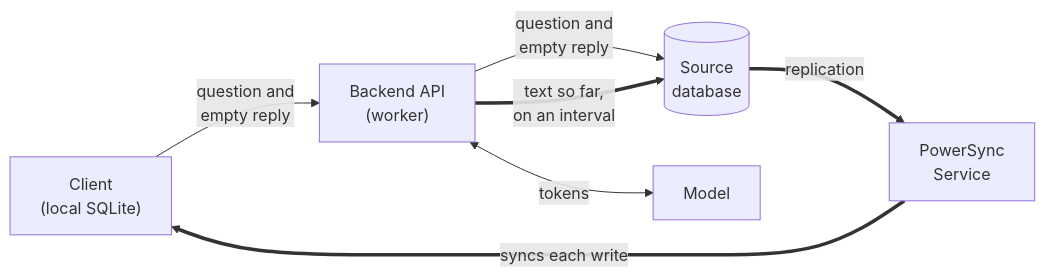
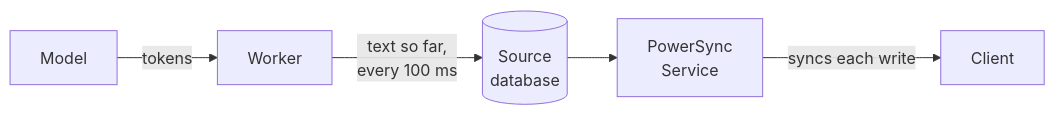
The first of 2 diagrams in client-sdks/advanced/ai-chat-streaming.mdx (powersync-ja/powersync-docs), drawn with Mermaid before and after one commit. The commit also changed other lines of this file, not shown here.

````diff
--- a/client-sdks/advanced/ai-chat-streaming.mdx
+++ b/client-sdks/advanced/ai-chat-streaming.mdx
@@ -95,9 +78,7 @@
 ```mermaid
 flowchart LR
-  client["Client<br/>(local SQLite)"] -->|"question and<br/>empty reply"| worker["Backend API<br/>(worker)"]
-  worker -->|"question and<br/>empty reply"| db[("Source<br/>database")]
-  worker <-->|tokens| model["Model"]
-  worker ==>|"text so far,<br/>on an interval"| db
-  db ==>|replication| service["PowerSync<br/>Service"]
-  service ==>|"syncs each write"| client
+  model["Model"] -->|tokens| worker["Worker"]
+  worker -->|"text so far,<br/>every 100 ms"| db[("Source<br/>database")]
+  db --> service["PowerSync<br/>Service"]
+  service -->|"syncs each write"| client["Client"]
 ```
````
